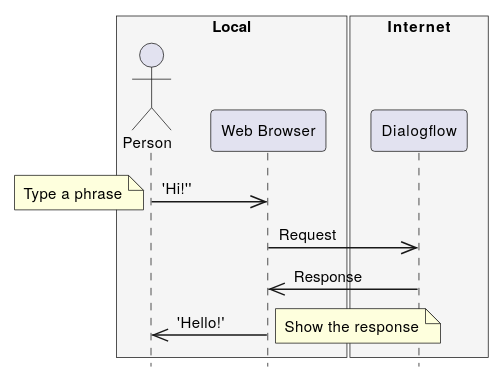
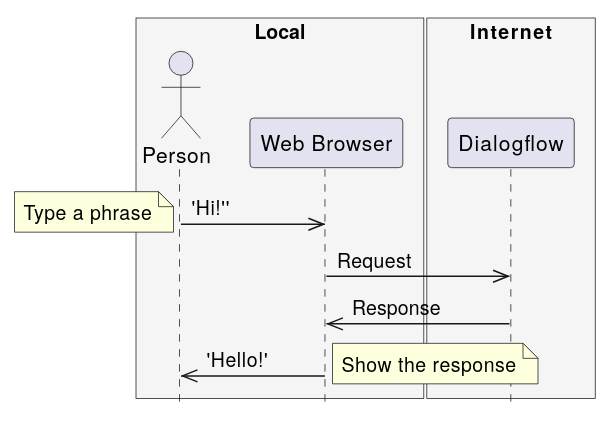
The first of 4 diagrams in dialogflow.md (kotobuki/Hardware-Sketching-Workshop-in-Taipei), drawn with PlantUML before and after one commit. The commit also changed other lines of this file and 8 other files, not shown here.

````diff
--- a/dialogflow.md
+++ b/dialogflow.md
@@ -40,25 +40,25 @@
 ```plantuml
 @startuml
 hide footbox
 skinparam defaultFontName Helvetica Neue
-skinparam DefaultFontSize 10
+'skinparam DefaultFontSize 10
 skinparam Shadowing false
 skinparam ParticipantPadding 10
 
 box "Local" #WhiteSmoke
 actor Person
 participant "Web Browser" as Browser
 end box
 
 box "Internet" #WhiteSmoke
 participant "Dialogflow" as Dialogflow
 end box
 
 Person ->> Browser : 'Hi!''
 note left: Type a phrase
 Browser ->> Dialogflow : Request
 Dialogflow ->> Browser : Response
 Browser ->> Person : 'Hello!'
 note right: Show the response
 @enduml
 ```
````
